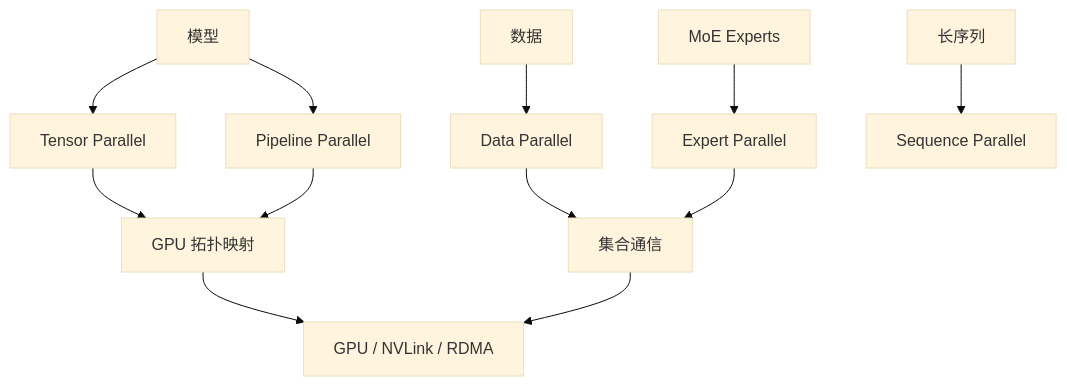
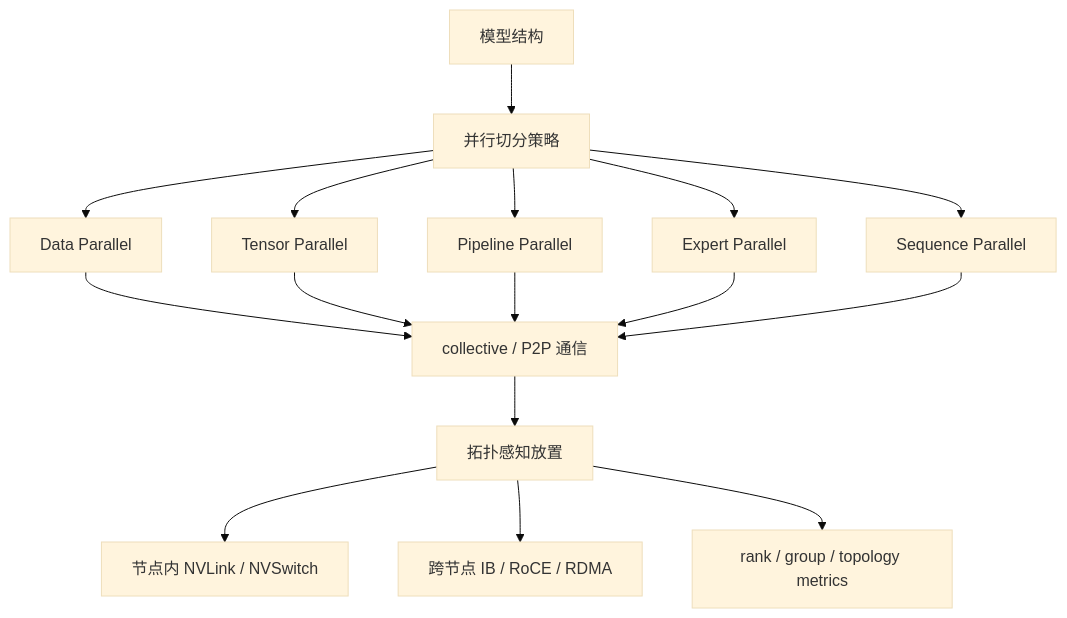
Before and after one commit to ikingye/ai-factory-engineering: the diagram in docs/part-04-runtime/chapter-17-distributed-parallelism.md, drawn with Mermaid (base theme). The commit also changed other lines of this file and 4 other files, not shown here.

````diff
--- a/docs/part-04-runtime/chapter-17-distributed-parallelism.md
+++ b/docs/part-04-runtime/chapter-17-distributed-parallelism.md
@@ -23,14 +45,18 @@
 ```mermaid
 flowchart TB
-  Model["模型"] --> TP["Tensor Parallel"]
-  Model --> PP["Pipeline Parallel"]
-  Data["数据"] --> DP["Data Parallel"]
-  Experts["MoE Experts"] --> EP["Expert Parallel"]
-  Seq["长序列"] --> SP["Sequence Parallel"]
-  TP --> Topo["GPU 拓扑映射"]
-  PP --> Topo
-  DP --> Comm["集合通信"]
+  Model["模型结构"] --> Split["并行切分策略"]
+  Split --> DP["Data Parallel"]
+  Split --> TP["Tensor Parallel"]
+  Split --> PP["Pipeline Parallel"]
+  Split --> EP["Expert Parallel"]
+  Split --> SP["Sequence Parallel"]
+  DP --> Comm["collective / P2P 通信"]
+  TP --> Comm
+  PP --> Comm
   EP --> Comm
-  Topo --> GPUs["GPU / NVLink / RDMA"]
-  Comm --> GPUs
+  SP --> Comm
+  Comm --> Placement["拓扑感知放置"]
+  Placement --> Intra["节点内 NVLink / NVSwitch"]
+  Placement --> Inter["跨节点 IB / RoCE / RDMA"]
+  Placement --> Metrics["rank / group / topology metrics"]
 ```
````
